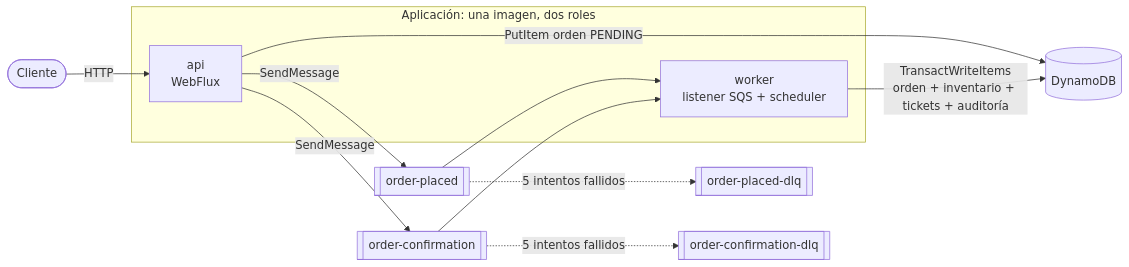
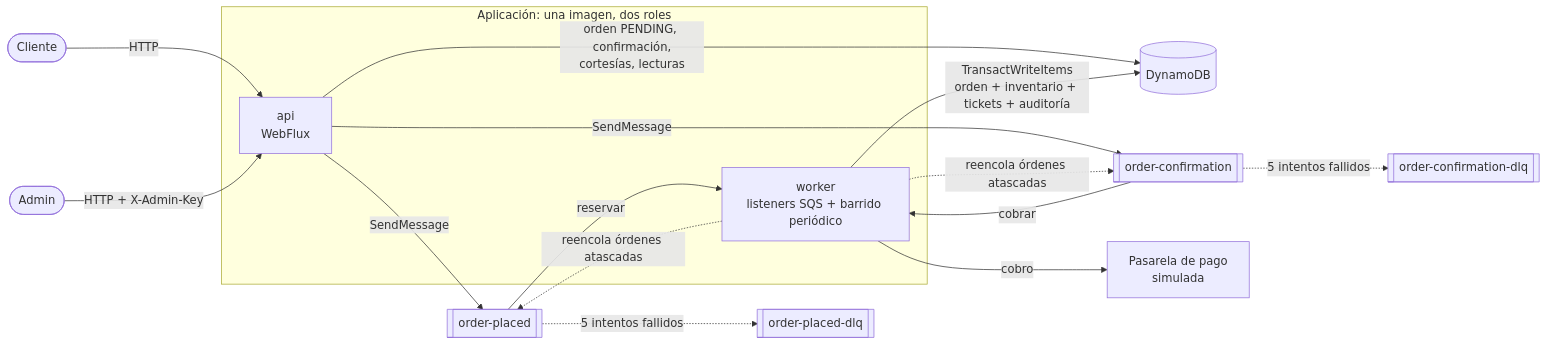
Before and after one commit to juangrozo/ticket-sales-processor: the first of 9 diagrams in README.md, drawn with Mermaid. The commit also changed other lines of this file, not shown here.

Commit message:
docs(readme): add sweeper, race and concurrency diagrams

````diff
--- a/README.md
+++ b/README.md
@@ -26,18 +26,23 @@
 ```mermaid
 flowchart LR
     client([Cliente]) -->|HTTP| api
 
+    admin([Admin]) -->|HTTP + X-Admin-Key| api
+
     subgraph app[Aplicación: una imagen, dos roles]
         api[api<br/>WebFlux]
-        worker[worker<br/>listener SQS + scheduler]
+        worker[worker<br/>listeners SQS + barrido periódico]
     end
 
-    api -->|PutItem orden PENDING| ddb[(DynamoDB)]
+    api -->|orden PENDING, confirmación,<br/>cortesías, lecturas| ddb[(DynamoDB)]
     api -->|SendMessage| q1[[order-placed]]
-    q1 --> worker
+    api -->|SendMessage| q2[[order-confirmation]]
+    q1 -->|reservar| worker
+    q2 -->|cobrar| worker
     worker -->|TransactWriteItems<br/>orden + inventario + tickets + auditoría| ddb
-    api -->|SendMessage| q2[[order-confirmation]]
-    q2 --> worker
+    worker -->|cobro| pay[Pasarela de pago<br/>simulada]
+    worker -. reencola órdenes atascadas .-> q1
+    worker -. reencola órdenes atascadas .-> q2
     q1 -. 5 intentos fallidos .-> dlq1[[order-placed-dlq]]
     q2 -. 5 intentos fallidos .-> dlq2[[order-confirmation-dlq]]
 ```
````
